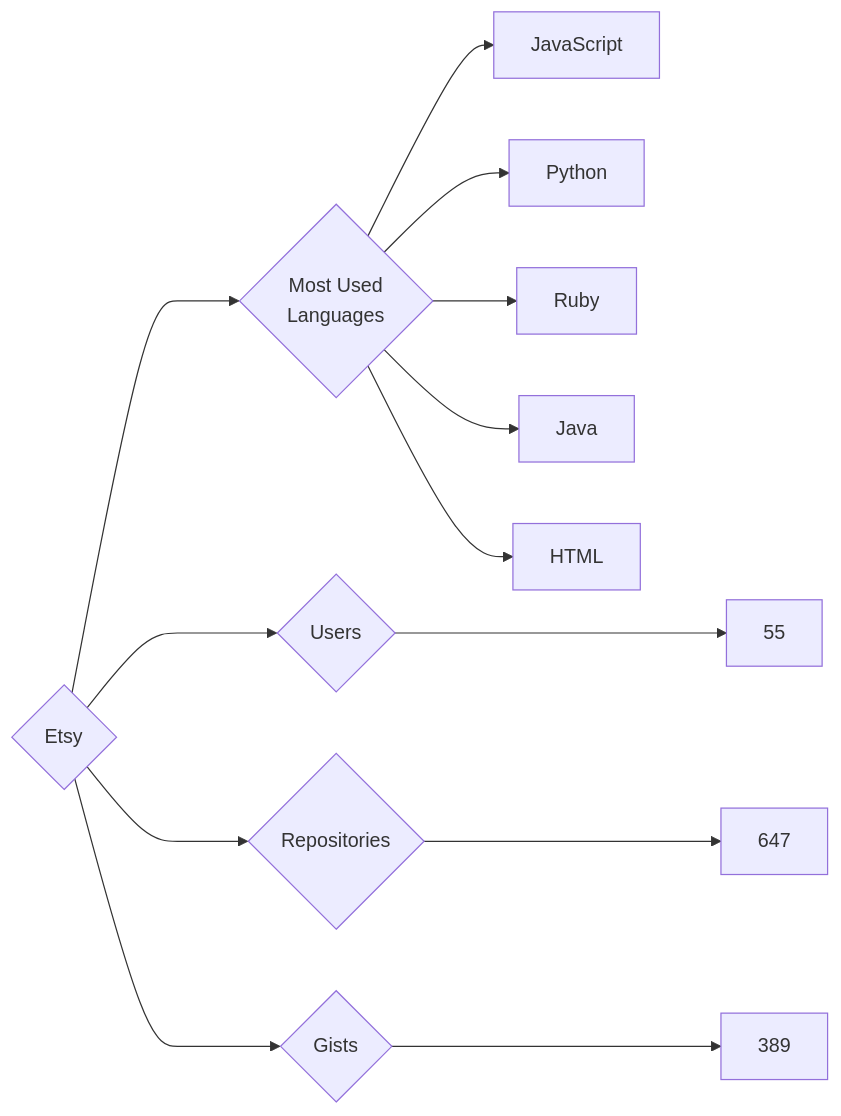
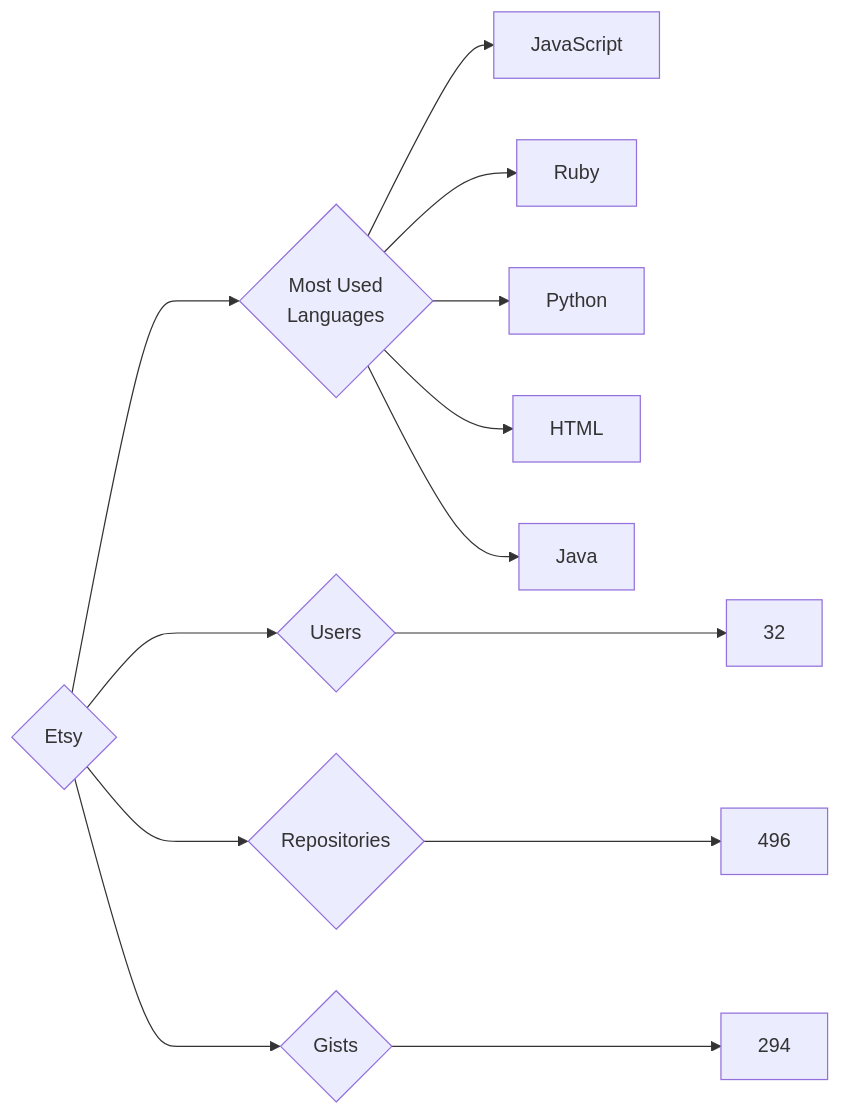
One commit to trickest/insiders changed the diagram in targets/Etsy/README.md. Above: the diagram before and after it, drawn with Mermaid. The commit also changed 688 other files, not shown here.

````diff
--- a/targets/Etsy/README.md
+++ b/targets/Etsy/README.md
@@ -3,13 +3,13 @@
 ```mermaid
 graph LR
 COMPANY_NAME{Etsy}
-COMPANY_NAME ---> U{Users} ---> UN[55]
-COMPANY_NAME ---> R{Repositories} ---> RN[647]
-COMPANY_NAME ---> G{Gists} ---> GN[389]
+COMPANY_NAME ---> U{Users} ---> UN[32]
+COMPANY_NAME ---> R{Repositories} ---> RN[496]
+COMPANY_NAME ---> G{Gists} ---> GN[294]
 COMPANY_NAME ---> ML{Most Used<br>Languages}
 ML --> JavaScript[JavaScript]
+ML --> Ruby[Ruby]
 ML --> Python[Python]
-ML --> Ruby[Ruby]
+ML --> HTML[HTML]
 ML --> Java[Java]
-ML --> HTML[HTML]
 ```
````
